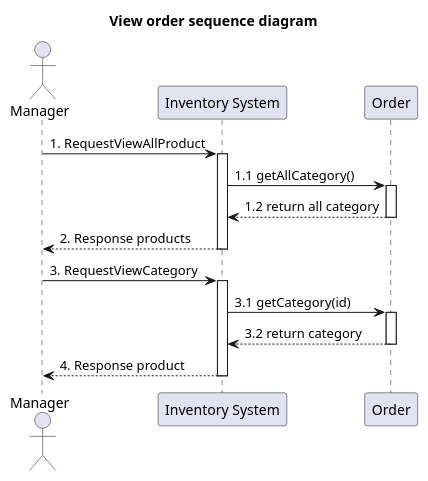
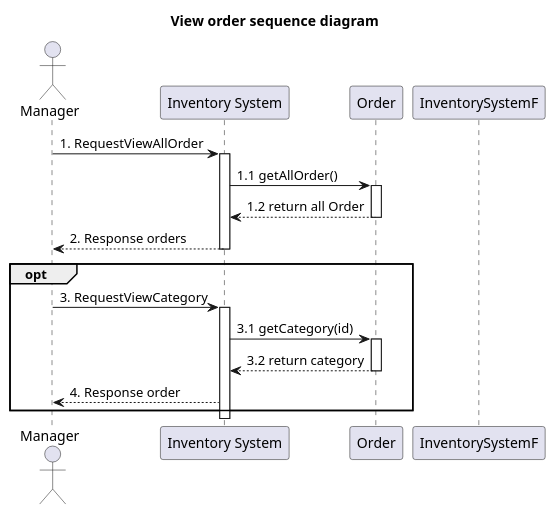
One commit to billowdev/inventory-system-plantuml-sequelize-seeder-example changed the diagram in system-analysis/sequence/_4_1_sequence-view-order.puml. Above: the diagram before and after it, drawn with PlantUML. The commit also changed 1 other file, not shown here.

Commit message:
add opt in view sequence diagram

```diff
--- a/system-analysis/sequence/_4_1_sequence-view-order.puml
+++ b/system-analysis/sequence/_4_1_sequence-view-order.puml
@@ -1,46 +1,48 @@
 @startuml
 'example
 title View order sequence diagram
 
 actor Manager as actorManager
 participant "Inventory System" as InventorySystem
 'participant "Inventory" as classInventory
 participant "Order" as classOrder
 
 
-actorManager -> InventorySystem: 1. RequestViewAllProduct
+actorManager -> InventorySystem: 1. RequestViewAllOrder
 activate InventorySystem
 
 '-------------- START view product ---------------
-InventorySystem -> classOrder: 1.1 getAllCategory()
+InventorySystem -> classOrder: 1.1 getAllOrder()
 activate classOrder
 
-classOrder --> InventorySystem: 1.2 return all category
+classOrder --> InventorySystem: 1.2 return all Order
 deactivate classOrder
 
 
 '-------------- END view product ---------------
 
-InventorySystem --> actorManager : 2. Response products
+InventorySystem --> actorManager : 2. Response orders
 
 deactivate InventorySystem
 
 
+opt
 actorManager -> InventorySystem: 3. RequestViewCategory
 activate InventorySystem
 
 '-------------- START view product ---------------
 InventorySystem -> classOrder: 3.1 getCategory(id)
 activate classOrder
 
 classOrder --> InventorySystem: 3.2 return category
 deactivate classOrder
 
 
 '-------------- END view product ---------------
 
-InventorySystem --> actorManager : 4. Response product
+InventorySystem --> actorManager : 4. Response order
 
-deactivate InventorySystem
+deactivate InventorySystemF
+end
 
 @enduml
```
